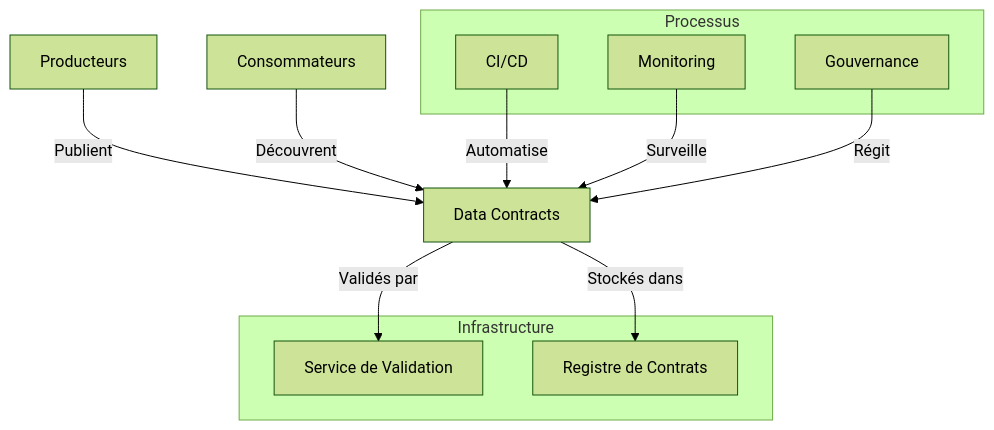
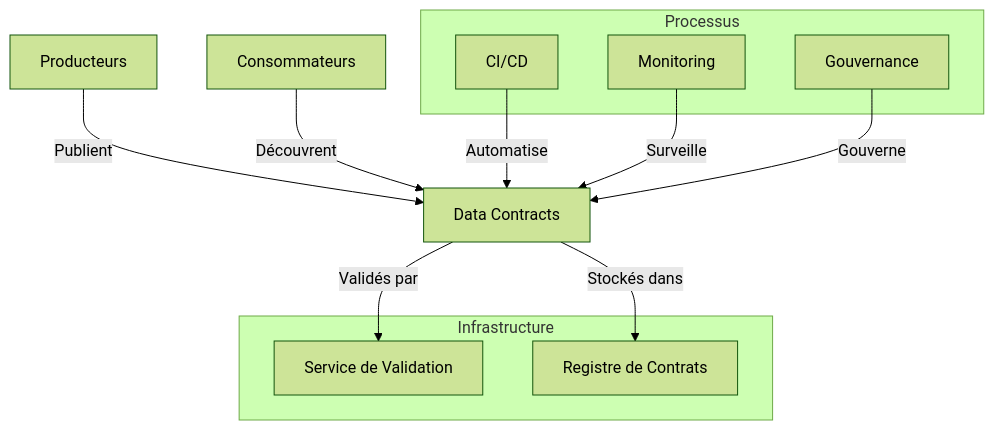
One commit to monmaya/pyb-data-contracts changed the first of 2 diagrams in docs/fr/articles/01-fondamentaux.md. Above: the diagram before and after it, drawn with Mermaid (forest theme). The commit also changed other lines of this file and 25 other files, not shown here.

````diff
--- a/docs/fr/articles/01-fondamentaux.md
+++ b/docs/fr/articles/01-fondamentaux.md
@@ -44,21 +44,21 @@
 ```mermaid
 graph TD
     A[Producteurs] -->|Publient| B[Data Contracts]
     B -->|Validés par| C[Service de Validation]
     B -->|Stockés dans| D[Registre de Contrats]
     E[Consommateurs] -->|Découvrent| B
     F[CI/CD] -->|Automatise| B
     G[Monitoring] -->|Surveille| B
-    H[Gouvernance] -->|Régit| B
+    H[Gouvernance] -->|Gouverne| B
     
     subgraph "Infrastructure"
         D
         C
     end
     
     subgraph "Processus"
         F
         G
         H
     end
 ```
````
